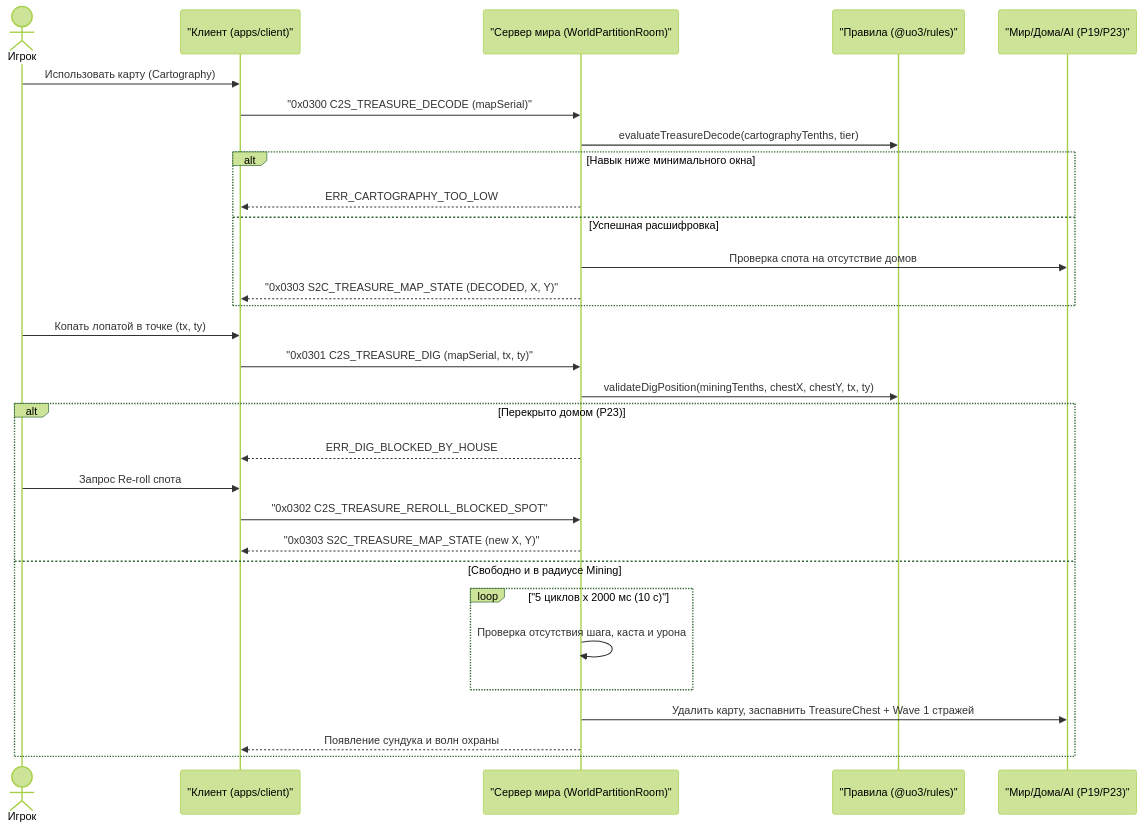
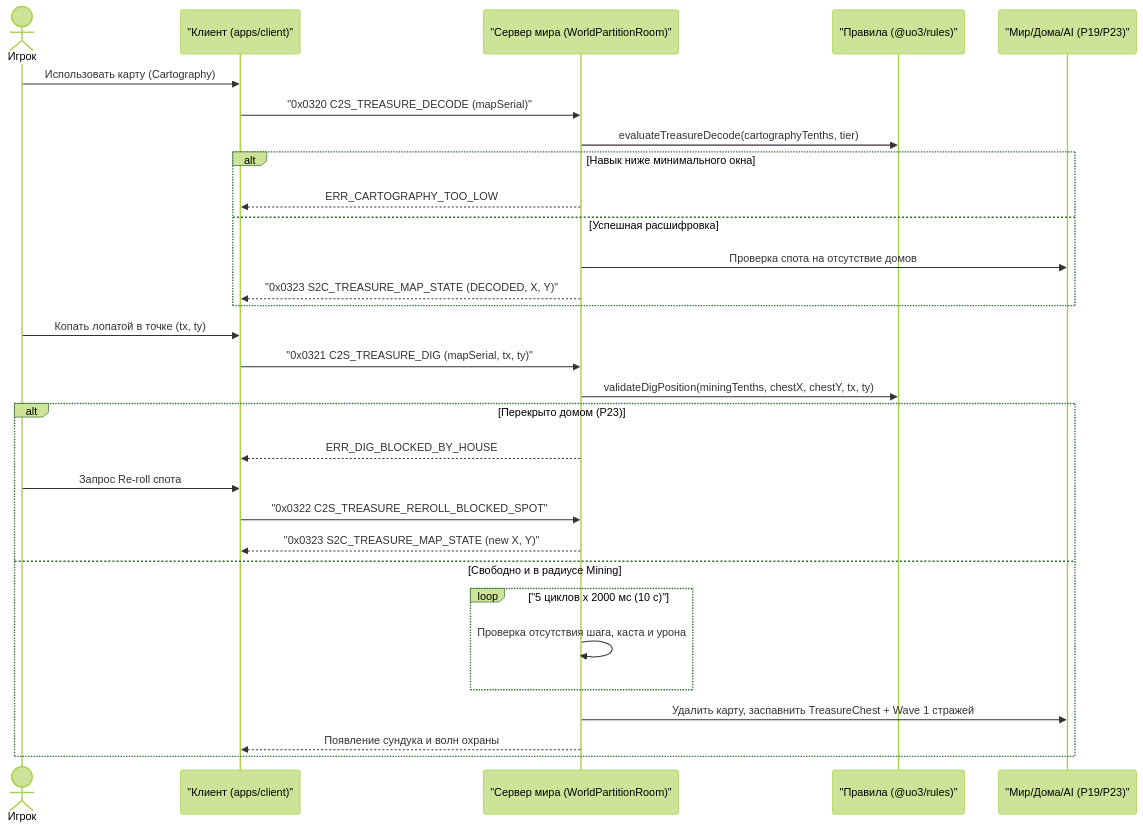
One commit to SergioAndreev/uo3 changed the first of 3 diagrams in openspec/changes/p27-quests-and-world-events/design.md. Above: the diagram before and after it, drawn with Mermaid (forest theme). The commit also changed other lines of this file and 188 other files, not shown here.

````diff
--- a/openspec/changes/p27-quests-and-world-events/design.md
+++ b/openspec/changes/p27-quests-and-world-events/design.md
@@ -110,34 +110,34 @@
 ```mermaid
 sequenceDiagram
     actor Player as Игрок
     participant Client as "Клиент (apps/client)"
     participant Server as "Сервер мира (WorldPartitionRoom)"
     participant Rules as "Правила (@uo3/rules)"
     participant World as "Мир/Дома/AI (P19/P23)"
 
     Player->>Client: Использовать карту (Cartography)
-    Client->>Server: "0x0300 C2S_TREASURE_DECODE (mapSerial)"
+    Client->>Server: "0x0320 C2S_TREASURE_DECODE (mapSerial)"
     Server->>Rules: evaluateTreasureDecode(cartographyTenths, tier)
     alt Навык ниже минимального окна
         Server-->>Client: ERR_CARTOGRAPHY_TOO_LOW
     else Успешная расшифровка
         Server->>World: Проверка спота на отсутствие домов
-        Server-->>Client: "0x0303 S2C_TREASURE_MAP_STATE (DECODED, X, Y)"
+        Server-->>Client: "0x0323 S2C_TREASURE_MAP_STATE (DECODED, X, Y)"
     end
 
     Player->>Client: Копать лопатой в точке (tx, ty)
-    Client->>Server: "0x0301 C2S_TREASURE_DIG (mapSerial, tx, ty)"
+    Client->>Server: "0x0321 C2S_TREASURE_DIG (mapSerial, tx, ty)"
     Server->>Rules: validateDigPosition(miningTenths, chestX, chestY, tx, ty)
     alt Перекрыто домом (P23)
         Server-->>Client: ERR_DIG_BLOCKED_BY_HOUSE
         Player->>Client: Запрос Re-roll спота
-        Client->>Server: "0x0302 C2S_TREASURE_REROLL_BLOCKED_SPOT"
-        Server-->>Client: "0x0303 S2C_TREASURE_MAP_STATE (new X, Y)"
+        Client->>Server: "0x0322 C2S_TREASURE_REROLL_BLOCKED_SPOT"
+        Server-->>Client: "0x0323 S2C_TREASURE_MAP_STATE (new X, Y)"
     else Свободно и в радиусе Mining
         loop "5 циклов x 2000 мс (10 с)"
             Server->>Server: Проверка отсутствия шага, каста и урона
         end
         Server->>World: Удалить карту, заспавнить TreasureChest + Wave 1 стражей
         Server-->>Client: Появление сундука и волн охраны
     end
 ```
````
